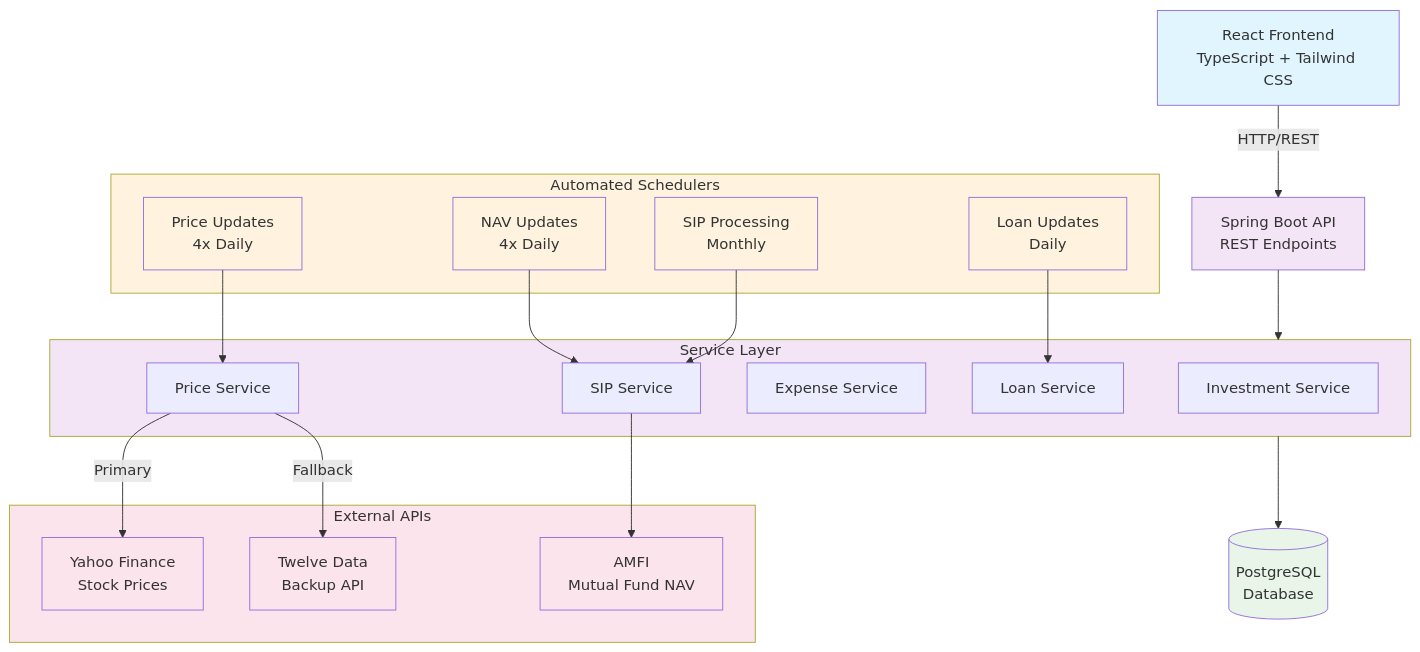
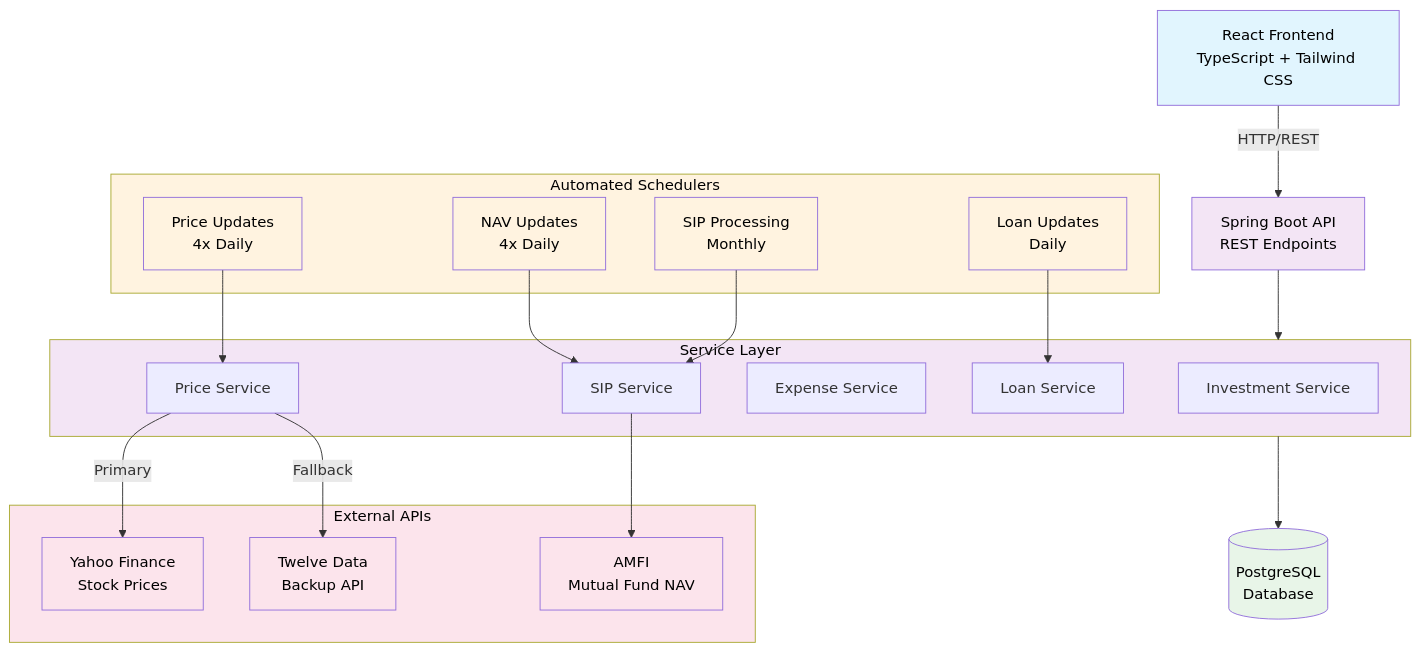
The diagram in README.md (PrajwalAmte/Finance_Tracker), drawn with Mermaid before and after one commit.

````diff
--- a/README.md
+++ b/README.md
@@ -7,64 +7,64 @@
 ```mermaid
 graph TB
     %% Frontend Layer
     UI[React Frontend<br/>TypeScript + Tailwind CSS]
     
     %% API Gateway
     API[Spring Boot API<br/>REST Endpoints]
     
     %% Service Layer
     subgraph Services["Service Layer"]
         IS[Investment Service]
         SS[SIP Service]  
         ES[Expense Service]
         LS[Loan Service]
         PS[Price Service]
     end
     
     %% Data Layer
     DB[(PostgreSQL<br/>Database)]
     
     %% Scheduler Layer
     subgraph Schedulers["Automated Schedulers"]
         PU[Price Updates<br/>4x Daily]
         NU[NAV Updates<br/>4x Daily]
         SI[SIP Processing<br/>Monthly]
         LU[Loan Updates<br/>Daily]
     end
     
     %% External APIs
     subgraph External["External APIs"]
         YF[Yahoo Finance<br/>Stock Prices]
         AM[AMFI<br/>Mutual Fund NAV]
         TD[Twelve Data<br/>Backup API]
     end
     
     %% Connections
     UI -->|HTTP/REST| API
     API --> Services
     Services --> DB
     
     %% Scheduler connections
     PU --> PS
     NU --> SS
     SI --> SS
     LU --> LS
     
     %% External API connections
     PS -->|Primary| YF
     PS -->|Fallback| TD
     SS --> AM
     
     %% Styling
-    classDef frontend fill:#e1f5fe
-    classDef backend fill:#f3e5f5
-    classDef database fill:#e8f5e8
-    classDef scheduler fill:#fff3e0
-    classDef external fill:#fce4ec
+    classDef frontend fill:#e1f5fe,color:#000000
+    classDef backend fill:#f3e5f5,color:#000000
+    classDef database fill:#e8f5e8,color:#000000
+    classDef scheduler fill:#fff3e0,color:#000000
+    classDef external fill:#fce4ec,color:#000000
     
     class UI frontend
     class API,Services backend
     class DB database
     class Schedulers,PU,NU,SI,LU scheduler
     class External,YF,AM,TD external
 ```
````
